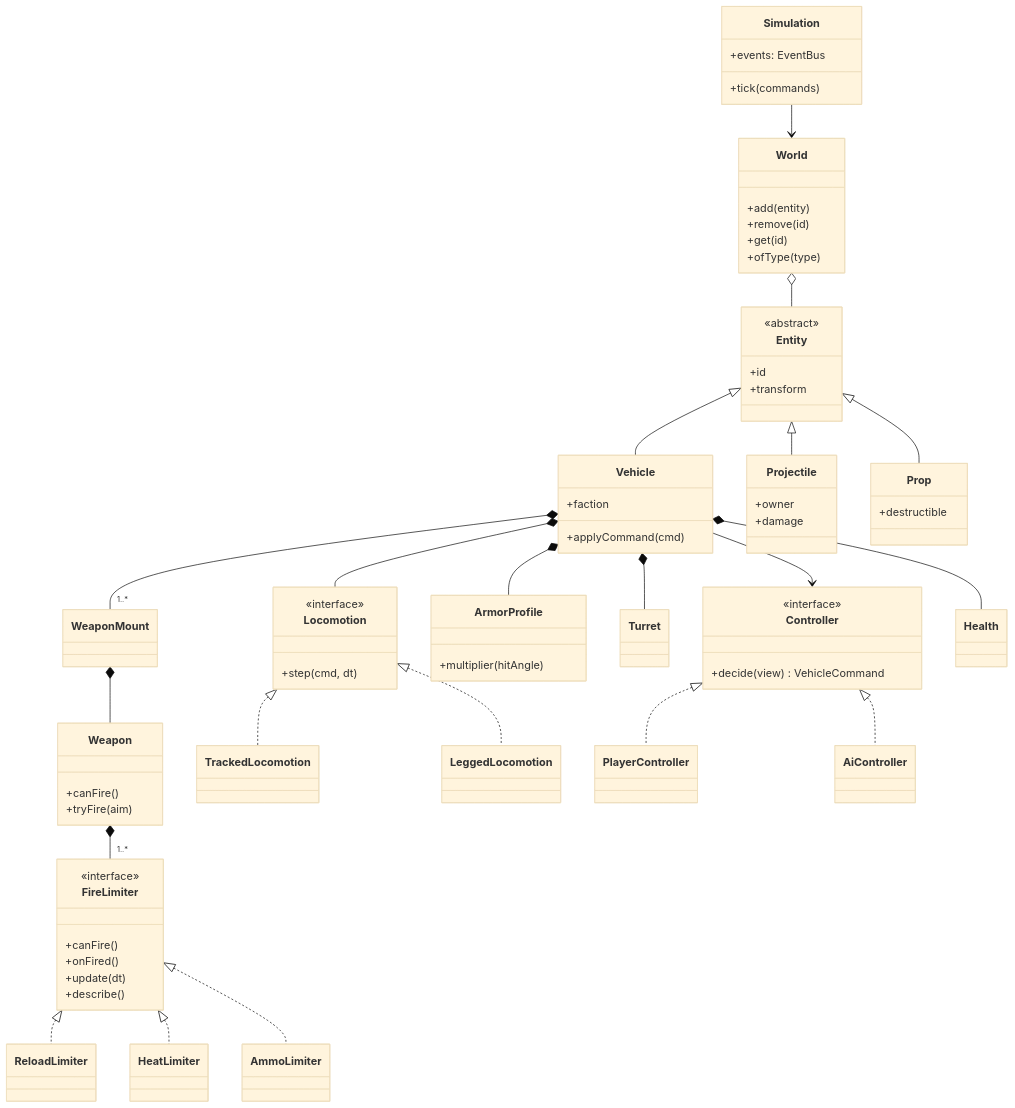
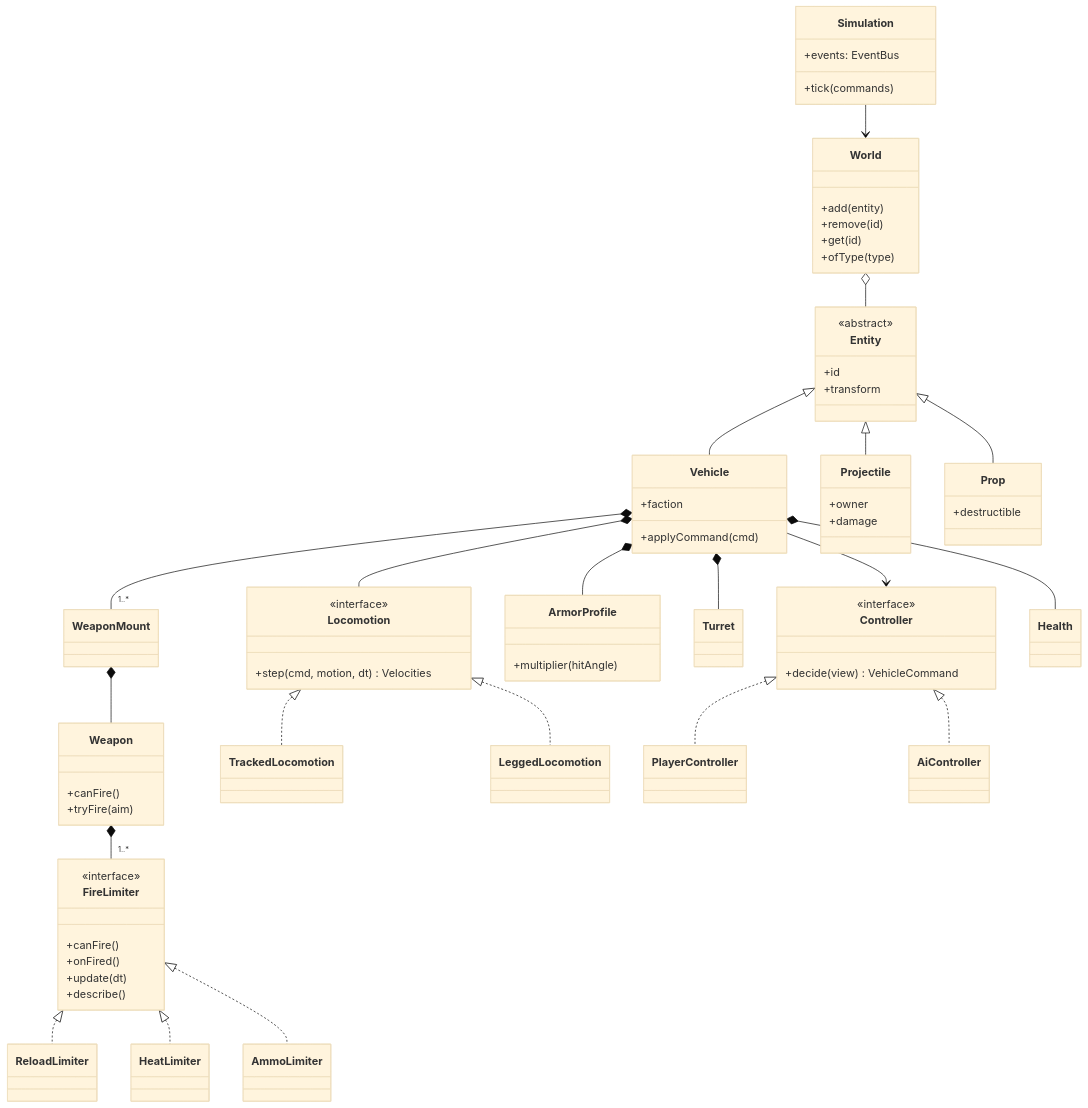
The second of 2 diagrams in docs/architecture.md (boneill406/hardpoint), drawn with Mermaid (base theme) before and after one commit. The commit also changed other lines of this file and 3 other files, not shown here.

Commit message:
M2-1: architecture, plan status, trade-offs T-50..T-54 (T-41 reversed), dev log

````diff
--- a/docs/architecture.md
+++ b/docs/architecture.md
@@ -48,71 +48,71 @@
 ```mermaid
 classDiagram
   class Simulation {
     +tick(commands)
     +events: EventBus
   }
   class World {
     +add(entity)
     +remove(id)
     +get(id)
     +ofType(type)
   }
   class Entity {
     <<abstract>>
     +id
     +transform
   }
   class Vehicle {
     +faction
     +applyCommand(cmd)
   }
   class Projectile {
     +owner
     +damage
   }
   class Prop {
     +destructible
   }
   class Locomotion {
     <<interface>>
-    +step(cmd, dt)
+    +step(cmd, motion, dt) Velocities
   }
   class Controller {
     <<interface>>
     +decide(view) VehicleCommand
   }
   class Weapon {
     +canFire()
     +tryFire(aim)
   }
   class FireLimiter {
     <<interface>>
     +canFire()
     +onFired()
     +update(dt)
     +describe()
   }
   class ArmorProfile {
     +multiplier(hitAngle)
   }
   Simulation --> World
   World o-- Entity
   Entity <|-- Vehicle
   Entity <|-- Projectile
   Entity <|-- Prop
   Vehicle *-- Locomotion
   Vehicle *-- Turret
   Vehicle *-- "1..*" WeaponMount
   Vehicle *-- ArmorProfile
   Vehicle *-- Health
   Vehicle --> Controller
   WeaponMount *-- Weapon
   Weapon *-- "1..*" FireLimiter
   Locomotion <|.. TrackedLocomotion
   Locomotion <|.. LeggedLocomotion
   Controller <|.. PlayerController
   Controller <|.. AiController
   FireLimiter <|.. ReloadLimiter
   FireLimiter <|.. HeatLimiter
   FireLimiter <|.. AmmoLimiter
 ```
````
